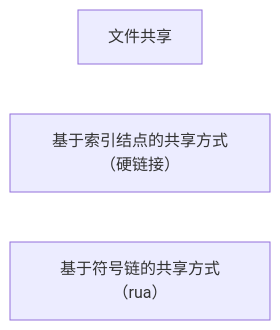
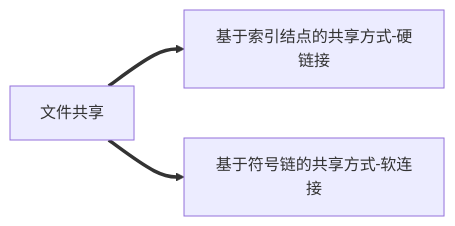
One commit to MW-S/markdown changed the fourth of 4 diagrams in learn/408/操作系统/第四章-文件管理.md. Above: the diagram before and after it, drawn with Mermaid. The commit also changed other lines of this file, not shown here.

````diff
--- a/learn/408/操作系统/第四章-文件管理.md
+++ b/learn/408/操作系统/第四章-文件管理.md
@@ -142,6 +142,8 @@
 ```mermaid
 graph LR
 A[文件共享]
-B[基于索引结点的共享方式（硬链接）]
-C[基于符号链的共享方式（rua）]
+B[基于索引结点的共享方式-硬链接]
+C[基于符号链的共享方式-软连接]
+A==>B
+A==>C
 ```
````
